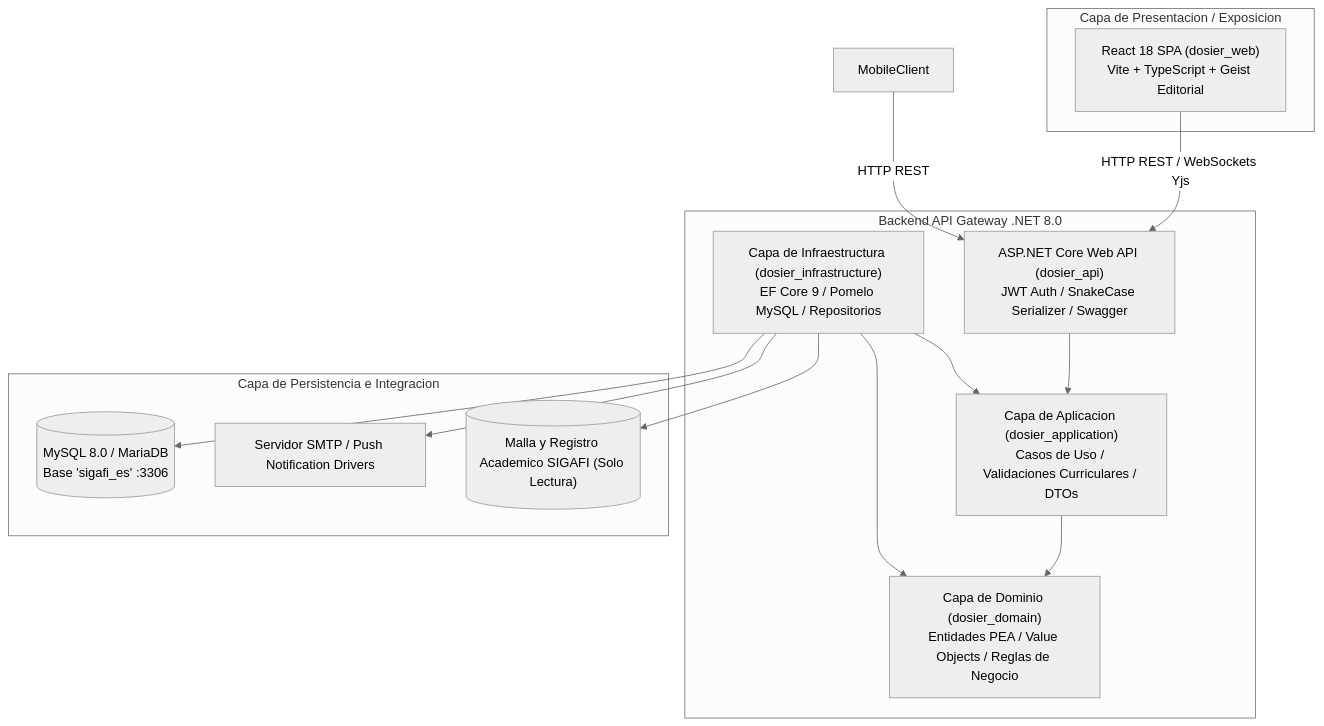
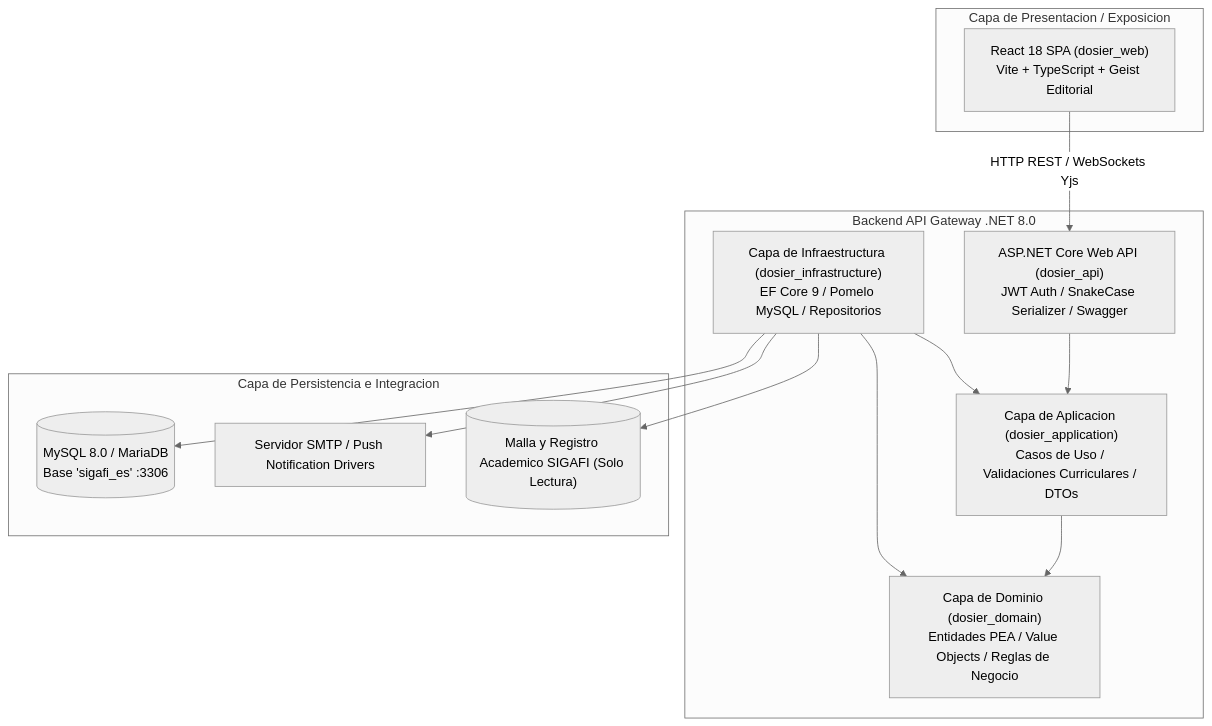
One commit to JorgeDoicela/dosier changed the first of 3 diagrams in docs/documentacion/01-arquitectura/01-macro-arquitectura-clean-arch.md. Above: the diagram before and after it, drawn with Mermaid (neutral theme). The commit also changed other lines of this file and 23 other files, not shown here.

````diff
--- a/docs/documentacion/01-arquitectura/01-macro-arquitectura-clean-arch.md
+++ b/docs/documentacion/01-arquitectura/01-macro-arquitectura-clean-arch.md
@@ -21,31 +21,30 @@
 ```mermaid
 graph TD
     subgraph CapaPresentacion [Capa de Presentacion / Exposicion]
         WebClient["React 18 SPA (dosier_web)\nVite + TypeScript + Geist Editorial"]
     end
 
     subgraph CapaBackend [Backend API Gateway .NET 8.0]
         APIGateway["ASP.NET Core Web API (dosier_api)\nJWT Auth / SnakeCase Serializer / Swagger"]
         AppCore["Capa de Aplicacion (dosier_application)\nCasos de Uso / Validaciones Curriculares / DTOs"]
         DomainCore["Capa de Dominio (dosier_domain)\nEntidades PEA / Value Objects / Reglas de Negocio"]
         InfraCore["Capa de Infraestructura (dosier_infrastructure)\nEF Core 9 / Pomelo MySQL / Repositorios"]
     end
 
     subgraph CapaPersistencia [Capa de Persistencia e Integracion]
         MySQLDB[(MySQL 8.0 / MariaDB\nBase 'sigafi_es' :3306)]
         MailSMTP["Servidor SMTP / Push Notification Drivers"]
         ExternalSIGAFI[("Malla y Registro Academico SIGAFI (Solo Lectura)")]
     end
 
     WebClient -->|HTTP REST / WebSockets Yjs| APIGateway
-    MobileClient -->|HTTP REST| APIGateway
 
     APIGateway --> AppCore
     AppCore --> DomainCore
     InfraCore --> DomainCore
     InfraCore --> AppCore
 
     InfraCore --> MySQLDB
     InfraCore --> MailSMTP
     InfraCore --> ExternalSIGAFI
 ```
````
